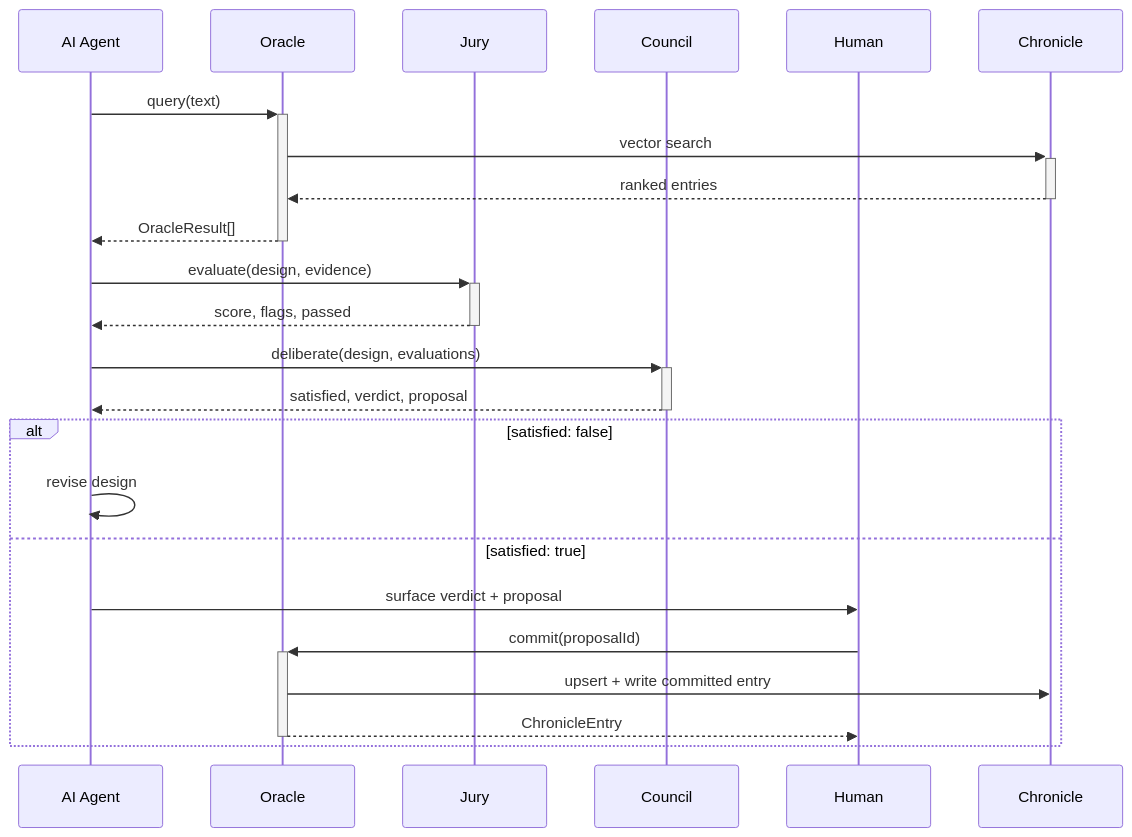
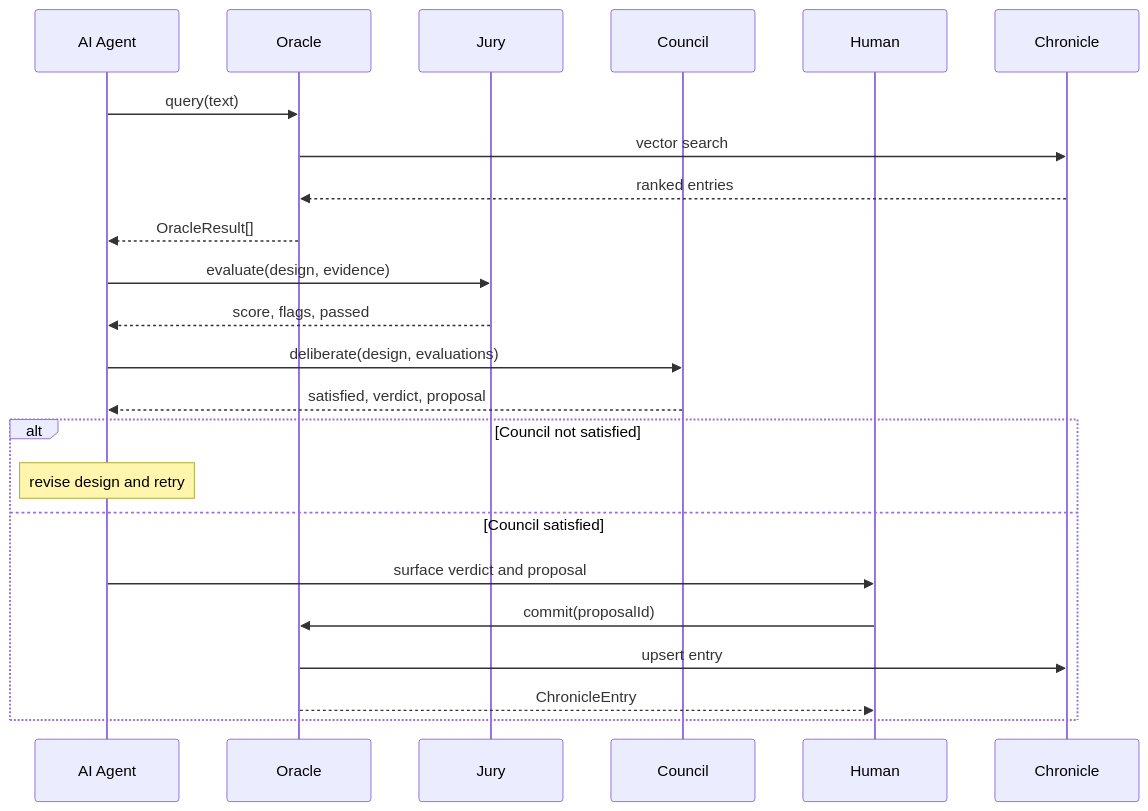
Before and after one commit to balpal4495/Quorum: the second of 2 diagrams in README.md, drawn with Mermaid. The commit also changed other lines of this file, not shown here.

Commit message:
fix: correct Mermaid syntax errors causing blank diagrams on GitHub
Remove \n escapes from node labels (not valid in Mermaid — causes parse
failure), replace <--> with two directional arrows, and strip +/-
activation markers from the sequence diagram (triggers GitHub's
'svg element not in render tree' error). Diagrams now use only
baseline Mermaid syntax that GitHub's renderer handles reliably.

````diff
--- a/README.md
+++ b/README.md
@@ -46,29 +47,29 @@
 ```mermaid
 sequenceDiagram
     participant Agent as AI Agent
     participant Oracle
     participant Jury
     participant Council
     participant Human
     participant Chronicle
 
-    Agent->>+Oracle: query(text)
-    Oracle->>+Chronicle: vector search
-    Chronicle-->>-Oracle: ranked entries
-    Oracle-->>-Agent: OracleResult[]
+    Agent->>Oracle: query(text)
+    Oracle->>Chronicle: vector search
+    Chronicle-->>Oracle: ranked entries
+    Oracle-->>Agent: OracleResult[]
 
-    Agent->>+Jury: evaluate(design, evidence)
-    Jury-->>-Agent: score, flags, passed
+    Agent->>Jury: evaluate(design, evidence)
+    Jury-->>Agent: score, flags, passed
 
-    Agent->>+Council: deliberate(design, evaluations)
-    Council-->>-Agent: satisfied, verdict, proposal
+    Agent->>Council: deliberate(design, evaluations)
+    Council-->>Agent: satisfied, verdict, proposal
 
-    alt satisfied: false
-        Agent->>Agent: revise design
-    else satisfied: true
-        Agent->>Human: surface verdict + proposal
-        Human->>+Oracle: commit(proposalId)
-        Oracle->>Chronicle: upsert + write committed entry
-        Oracle-->>-Human: ChronicleEntry
+    alt Council not satisfied
+        Note over Agent: revise design and retry
+    else Council satisfied
+        Agent->>Human: surface verdict and proposal
+        Human->>Oracle: commit(proposalId)
+        Oracle->>Chronicle: upsert entry
+        Oracle-->>Human: ChronicleEntry
     end
 ```
````
